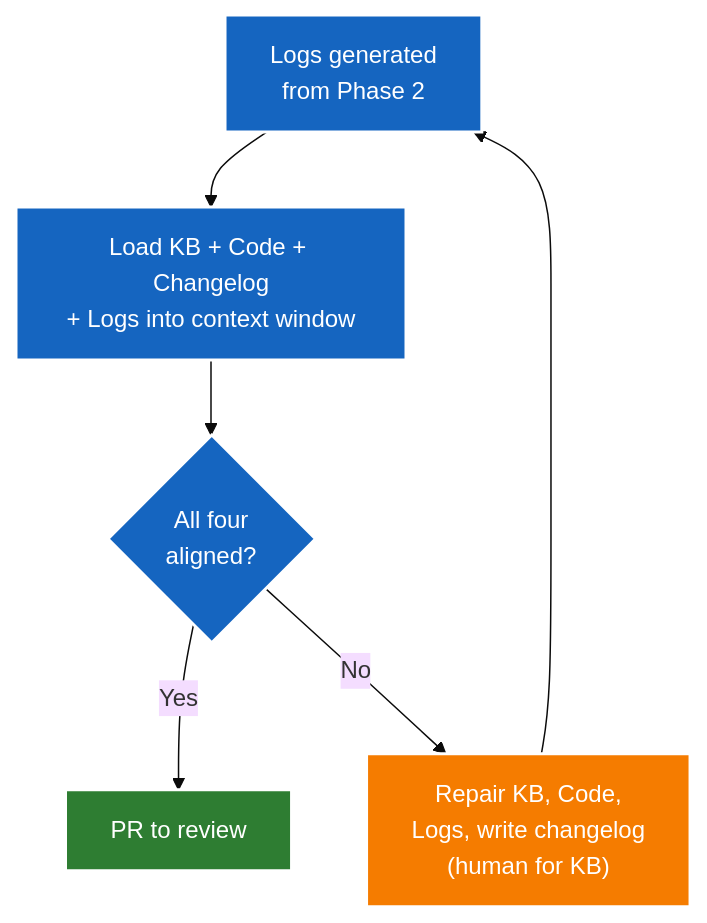
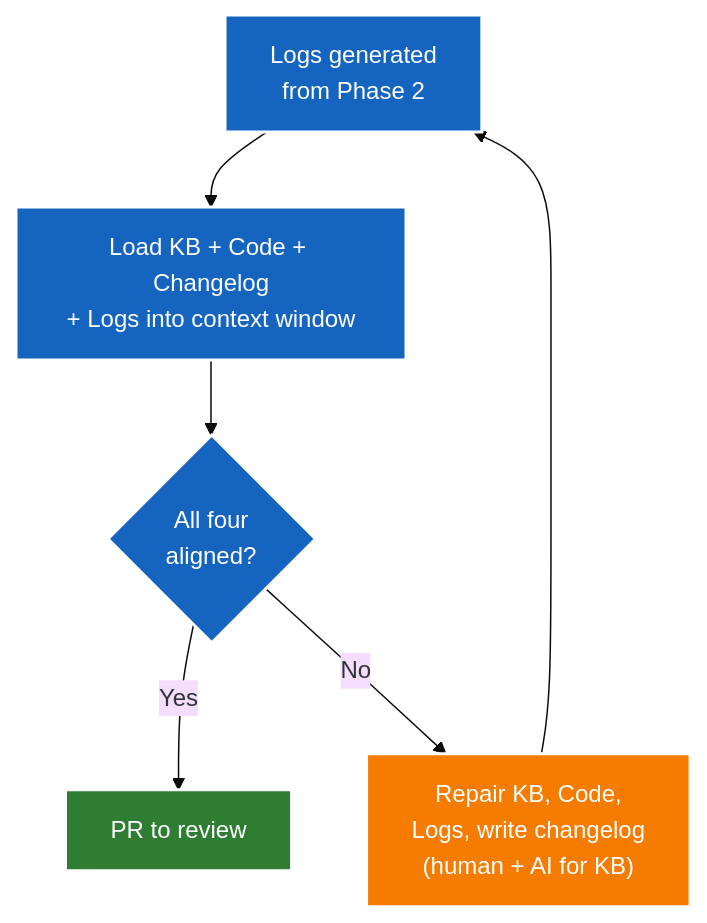
Before and after one commit to jacoby149/web10: the fourth of 5 diagrams in knowledge/knowledge-theories/ai-use-theory/ai-use-theory.md, drawn with Mermaid (base theme). The commit also changed other lines of this file and 3 other files, not shown here.

Commit message:
docs: AI Use Theory — human-assisted KB repair + integration possibilities

````diff
--- a/knowledge/knowledge-theories/ai-use-theory/ai-use-theory.md
+++ b/knowledge/knowledge-theories/ai-use-theory/ai-use-theory.md
@@ -136,19 +136,19 @@
 ```mermaid
 flowchart TD
     GEN_DONE["Logs generated\nfrom Phase 2"] --> LOAD["Load KB + Code + Changelog\n+ Logs into context window"]
     LOAD --> GATE{"All four\naligned?"}
 
     GATE -->|"Yes"| PR["PR to review"]
-    GATE -->|"No"| REPAIR["Repair KB, Code,\nLogs, write changelog\n(human for KB)"]
+    GATE -->|"No"| REPAIR["Repair KB, Code,\nLogs, write changelog\n(human + AI for KB)"]
     REPAIR --> GEN_DONE
 
     classDef orient fill:#1565c0,color:#fff,stroke:#fff,stroke-width:2px
     classDef ok fill:#2e7d32,color:#fff,stroke:#fff,stroke-width:2px
     classDef action fill:#f57c00,color:#fff,stroke:#fff,stroke-width:2px
 
     class GEN_DONE orient
     class LOAD orient
     class GATE orient
     class REPAIR action
     class PR ok
 ```
````
